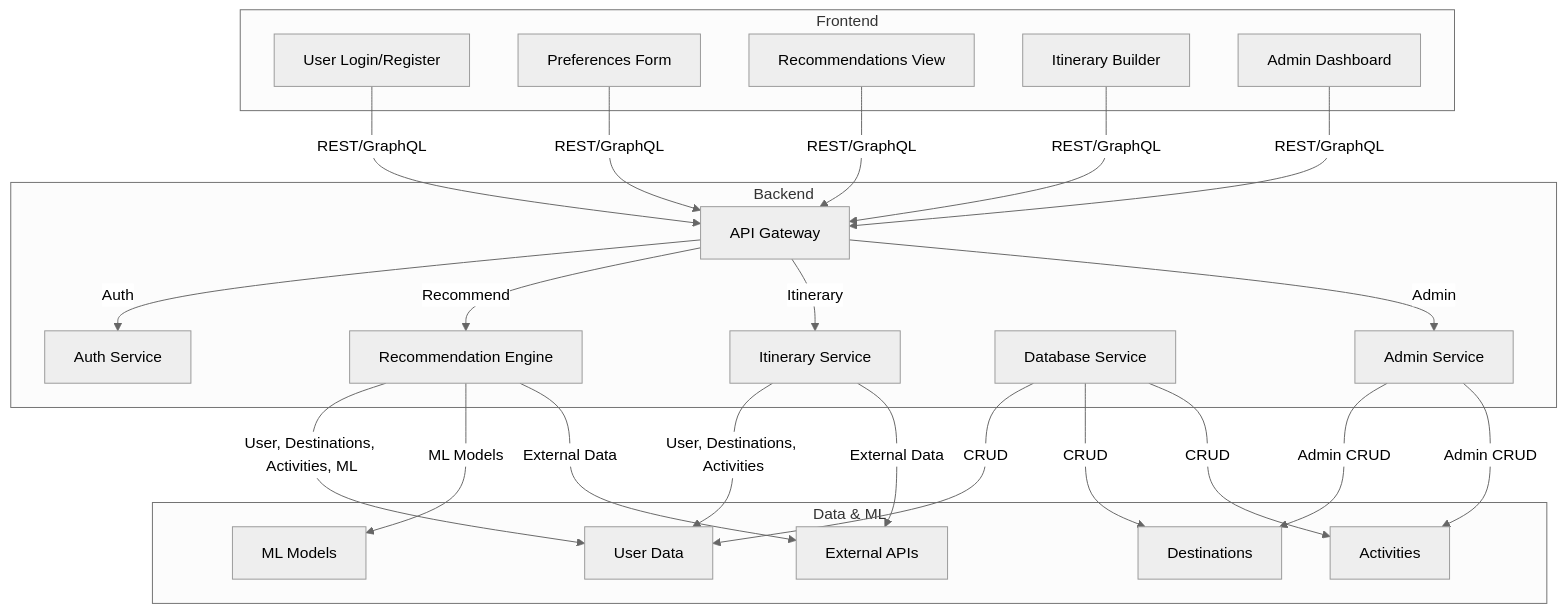
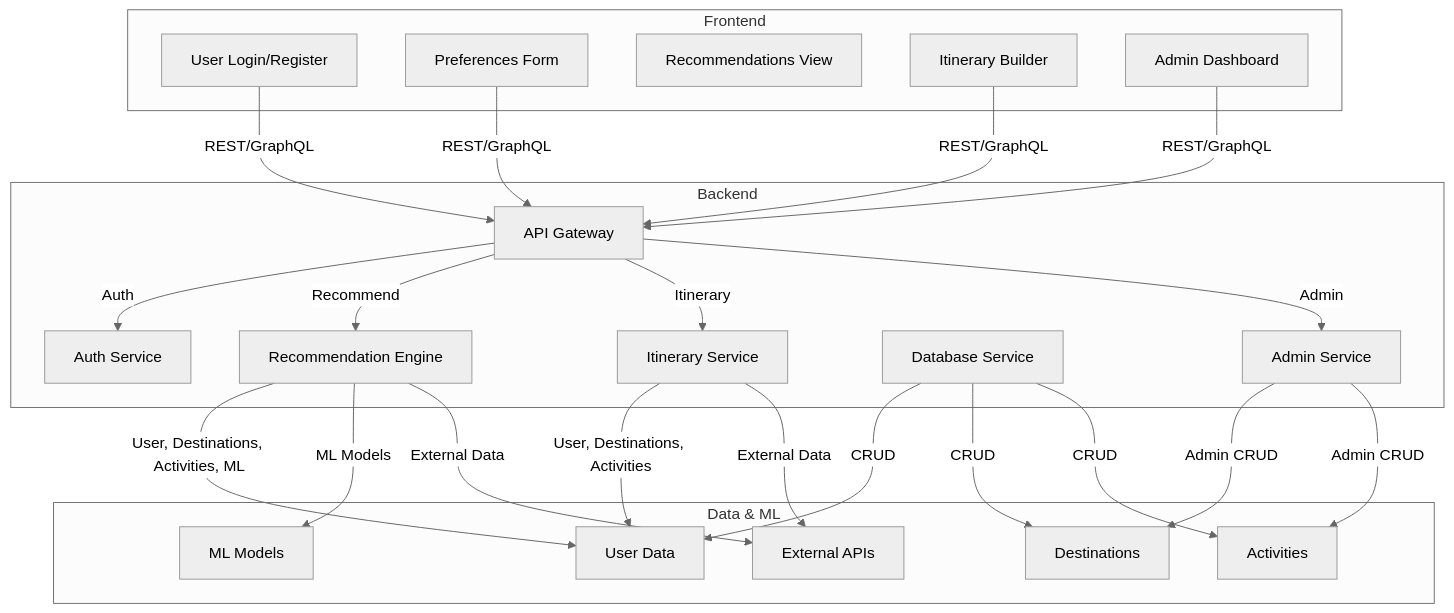
The diagram in README.md (jellyfishing2346/travelingo), drawn with Mermaid (neutral theme) before and after one commit. The commit also changed other lines of this file, not shown here.

````diff
--- a/README.md
+++ b/README.md
@@ -91,45 +69,44 @@
 ```mermaid
 flowchart TD
 		subgraph Frontend
 			A1[User Login/Register]
 			A2[Preferences Form]
 			A3[Recommendations View]
 			A4[Itinerary Builder]
 			A5[Admin Dashboard]
 		end
 		subgraph Backend
 			B1[API Gateway]
 			B2[Auth Service]
 			B3[Recommendation Engine]
 			B4[Itinerary Service]
 			B5[Database Service]
 			B6[Admin Service]
 		end
 		subgraph Data & ML
 			C1[User Data]
 			C2[Destinations]
 			C3[Activities]
 			C4[ML Models]
 			C5[External APIs]
 		end
 
 		A1-->|REST/GraphQL|B1
 		A2-->|REST/GraphQL|B1
-		A3-->|REST/GraphQL|B1
 		A4-->|REST/GraphQL|B1
 		A5-->|REST/GraphQL|B1
 		B1-->|Auth|B2
 		B1-->|Recommend|B3
 		B1-->|Itinerary|B4
 		B1-->|Admin|B6
 		B3-->|User, Destinations, Activities, ML|C1
 		B3-->|ML Models|C4
 		B4-->|User, Destinations, Activities|C1
 		B5-->|CRUD|C1
 		B5-->|CRUD|C2
 		B5-->|CRUD|C3
 		B6-->|Admin CRUD|C2
 		B6-->|Admin CRUD|C3
 		B3-->|External Data|C5
 		B4-->|External Data|C5
 ```
````
